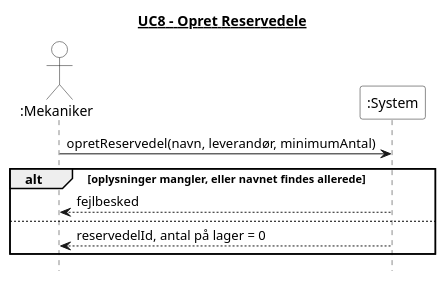
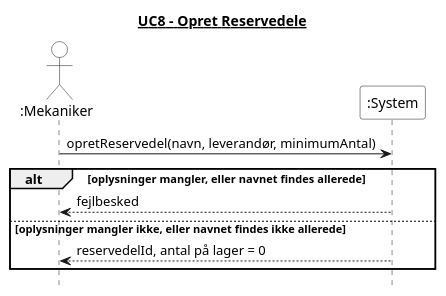
The diagram in 4. System Sekvens Diagram/UC8_opret_reservedele.puml (Zoabz/Getting-Real), drawn with PlantUML before and after one commit. The commit also changed 14 other files, not shown here.

```diff
--- a/4. System Sekvens Diagram/UC8_opret_reservedele.puml
+++ b/4. System Sekvens Diagram/UC8_opret_reservedele.puml
@@ -1,25 +1,25 @@
 @startuml
 title <u>UC8 - Opret Reservedele</u>
 hide footbox
 skinparam monochrome true
 skinparam shadowing false
 skinparam backgroundColor white
 skinparam actor {
   BackgroundColor white
 }
 skinparam participant {
   BackgroundColor white
 }
 
 actor ":Mekaniker"
 participant ":System" as System
 
 ":Mekaniker" -> System : opretReservedel(navn, leverandør, minimumAntal)
 
 alt oplysninger mangler, eller navnet findes allerede
   System --> ":Mekaniker" : fejlbesked
-else 
+else oplysninger mangler ikke, eller navnet findes ikke allerede
   System --> ":Mekaniker" : reservedelId, antal på lager = 0
 end
 
 @enduml
```
